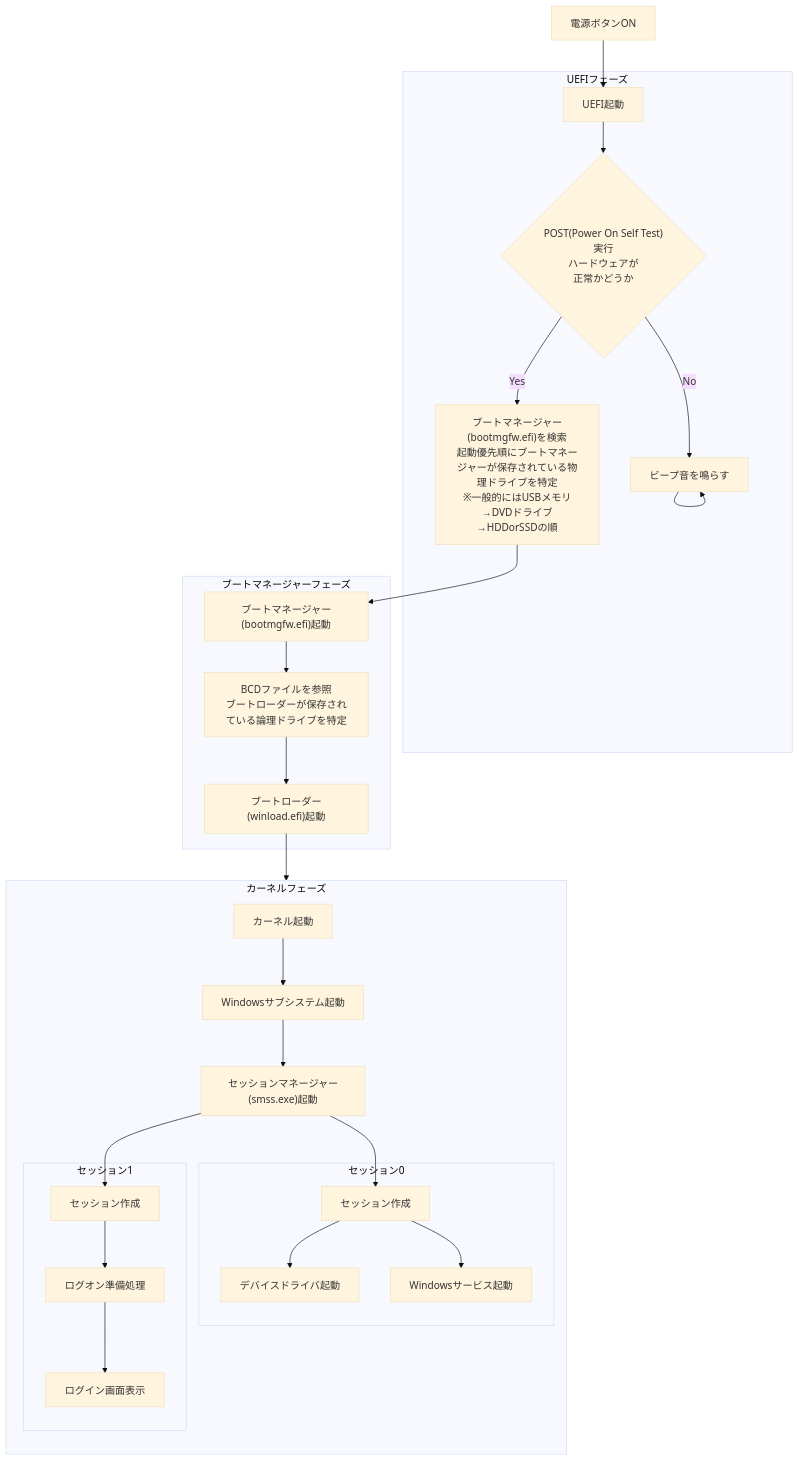
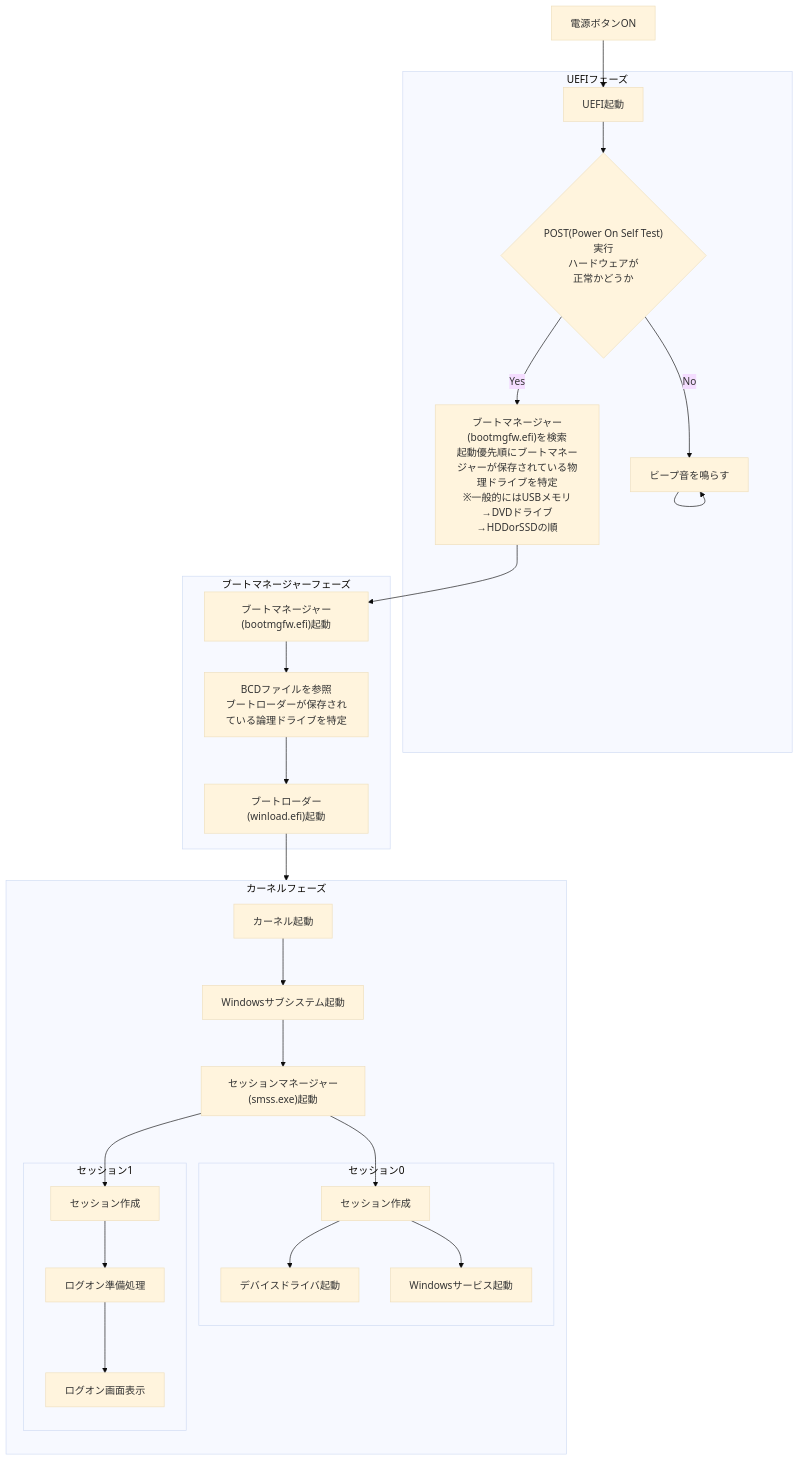
Before and after one commit to kaotue3340/memo: the diagram in doc/computer.md, drawn with Mermaid (base theme).

````diff
--- a/doc/computer.md
+++ b/doc/computer.md
@@ -1,36 +1,36 @@
 ```mermaid
 flowchart TD
   A1["電源ボタンON"]-->B1
 　subgraph UEFIフェーズ
   B1["UEFI起動"]-->
   B3{"POST(Power On Self Test)実行\nハードウェアが\n正常かどうか"} -->|Yes| C1[OK]
   B3 -->|No| B9[ビープ音を鳴らす] --> B9
   end
   subgraph ブートマネージャーフェーズ
   C1["ブートマネージャー(bootmgfw.efi)を検索\n起動優先順にブートマネージャーが保存されている物理ドライブを特定\n※一般的にはUSBメモリ→DVDドライブ→HDDorSSDの順"]-->
   C2["ブートマネージャー(bootmgfw.efi)起動"]-->
   C3["BCDファイルを参照\nブートローダーが保存されている論理ドライブを特定"]-->D1
   end
   subgraph カーネルフェーズ
   D1["ブートローダー(winload.efi)起動"]-->
   D2["カーネル起動"]--> 
   D3["Windowsサブシステム起動"]-->
   D4["セッションマネージャー(smss.exe)起動"]
   D4-->DD1
   D4-->DD2
     direction TB
     subgraph セッション0
       DD1["セッション作成"]
       DD1-->DD1-1
       DD1-->DD1-2
       DD1-1["デバイスドライバ起動"]
       DD1-2["Windowsサービス起動"]
     end
     subgraph セッション1
       DD2["セッション作成"]-->
       DD2-1["ログオン準備処理"]--> 
-      DD2-2["ログイン画面表示"]
+      DD2-2["ログオン画面表示"]
     end
   end
 
 ```
````
